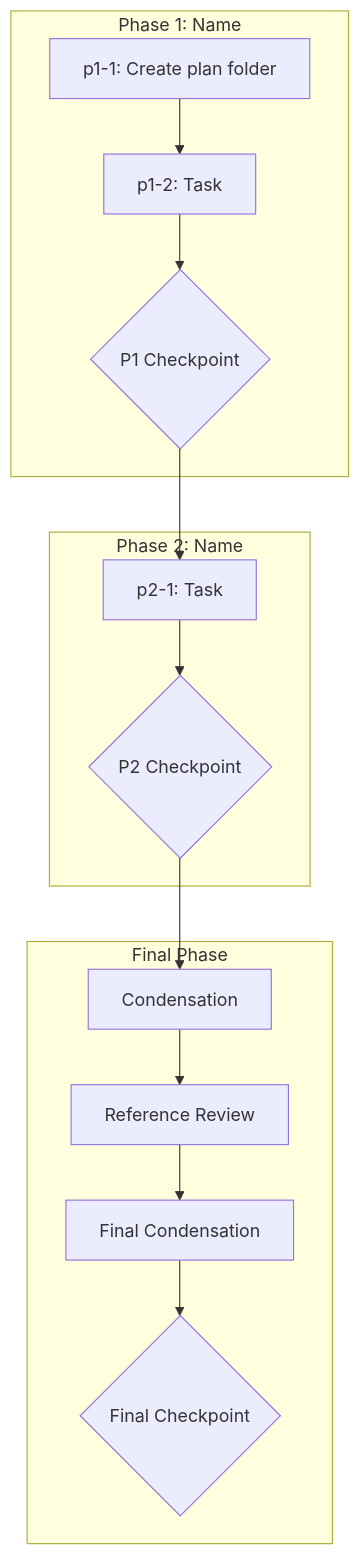
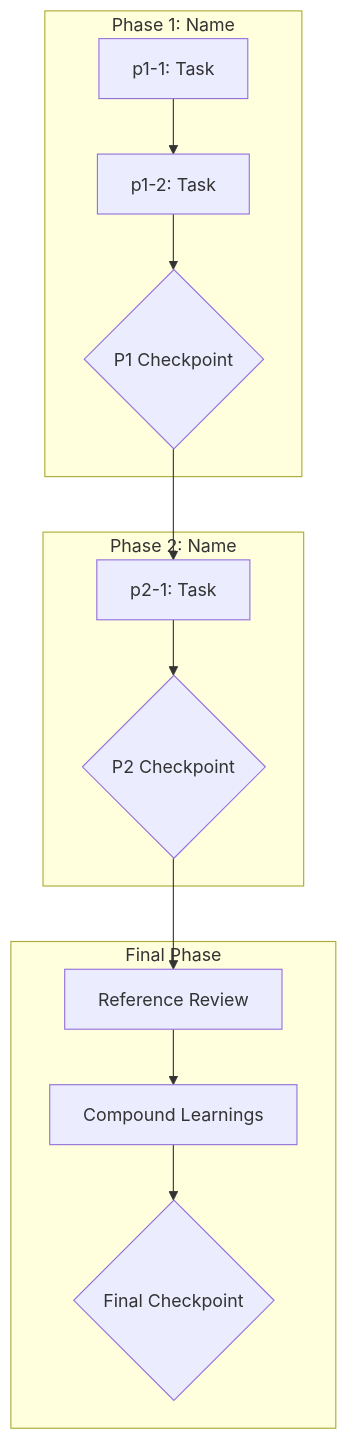
One commit to tecer-ai/rbtv changed the diagram in workflows/plan-lifecycle/templates/plan-template.md. Above: the diagram before and after it, drawn with Mermaid. The commit also changed other lines of this file and 48 other files, not shown here.

````diff
--- a/workflows/plan-lifecycle/templates/plan-template.md
+++ b/workflows/plan-lifecycle/templates/plan-template.md
@@ -98,24 +184,23 @@
 ```mermaid
 flowchart TD
     subgraph P1[Phase 1: Name]
-        p1-1[p1-1: Create plan folder]
+        p1-1[p1-1: Task]
         p1-2[p1-2: Task]
         p1-chk{P1 Checkpoint}
     end
     
     subgraph P2[Phase 2: Name]
         p2-1[p2-1: Task]
         p2-chk{P2 Checkpoint}
     end
     
     subgraph Final[Final Phase]
-        pn-cond[Condensation]
         pn-refs[Reference Review]
-        pn-final[Final Condensation]
+        pn-compound[Compound Learnings]
         pn-chk{Final Checkpoint}
     end
     
     p1-1 --> p1-2 --> p1-chk
     p1-chk --> p2-1 --> p2-chk
-    p2-chk --> pn-cond --> pn-refs --> pn-final --> pn-chk
+    p2-chk --> pn-refs --> pn-compound --> pn-chk
 ```
````
